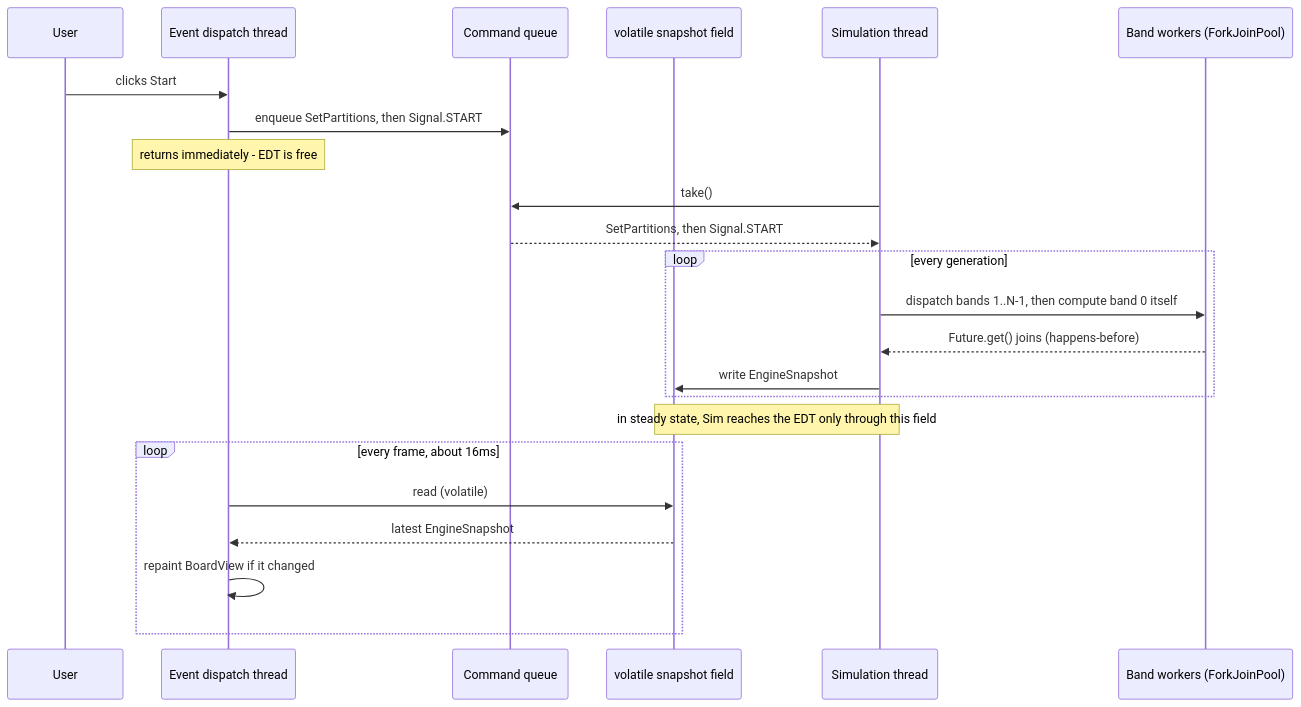
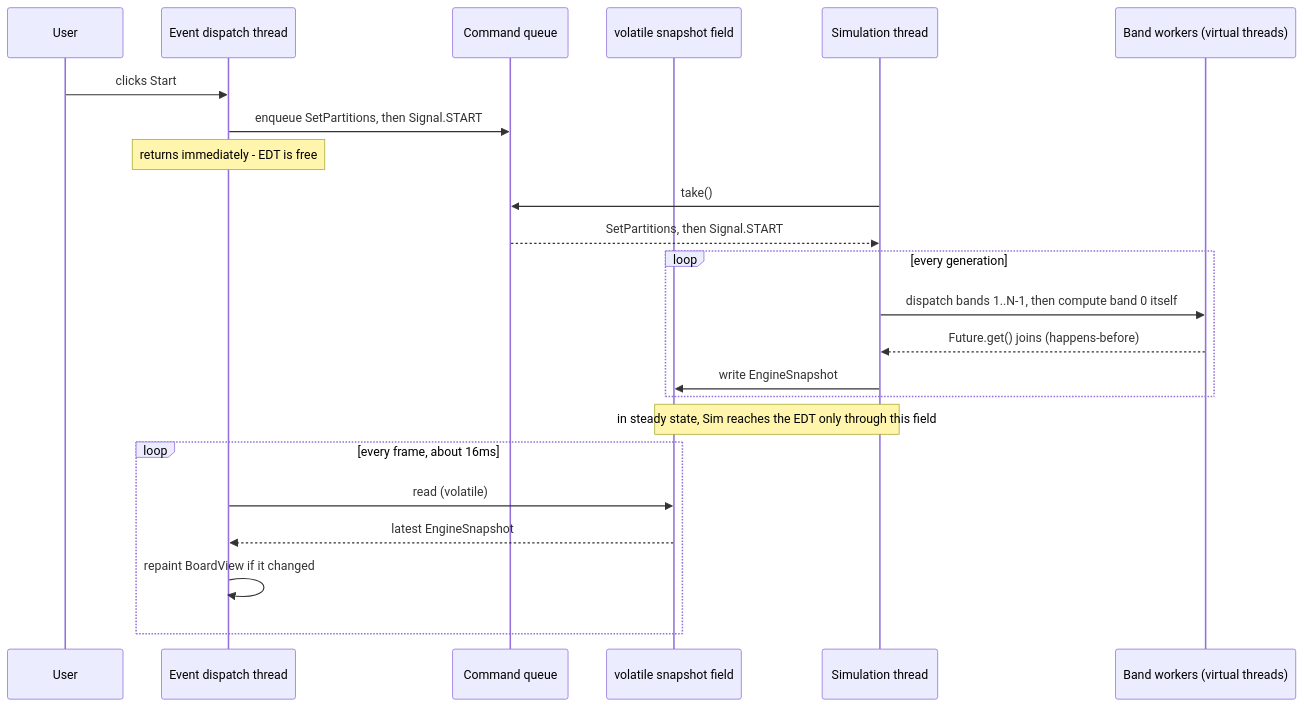
One commit to ymoroz89/conway-game-of-life-gui changed the second of 2 diagrams in README.md. Above: the diagram before and after it, drawn with Mermaid. The commit also changed other lines of this file and 11 other files, not shown here.

First line of the commit message:
a virtual simulation thread plus a virtual-thread executor keeps the whole generation inside one scheduler, so the wake-up is local and threads that are already awake do the next piece of work.

````diff
--- a/README.md
+++ b/README.md
@@ -392,29 +459,29 @@
 ```mermaid
 sequenceDiagram
     participant User
     participant EDT as Event dispatch thread
     participant Queue as Command queue
     participant Snap as volatile snapshot field
     participant Sim as Simulation thread
-    participant Workers as Band workers (ForkJoinPool)
+    participant Workers as Band workers (virtual threads)
 
     User->>EDT: clicks Start
     EDT->>Queue: enqueue SetPartitions, then Signal.START
     Note over EDT: returns immediately - EDT is free
     Sim->>Queue: take()
     Queue-->>Sim: SetPartitions, then Signal.START
 
     loop every generation
         Sim->>Workers: dispatch bands 1..N-1, then compute band 0 itself
         Workers-->>Sim: Future.get() joins (happens-before)
         Sim->>Snap: write EngineSnapshot
     end
 
     Note over Snap,Sim: in steady state, Sim reaches the EDT only through this field
 
     loop every frame, about 16ms
         EDT->>Snap: read (volatile)
         Snap-->>EDT: latest EngineSnapshot
         EDT->>EDT: repaint BoardView if it changed
     end
 ```
````
